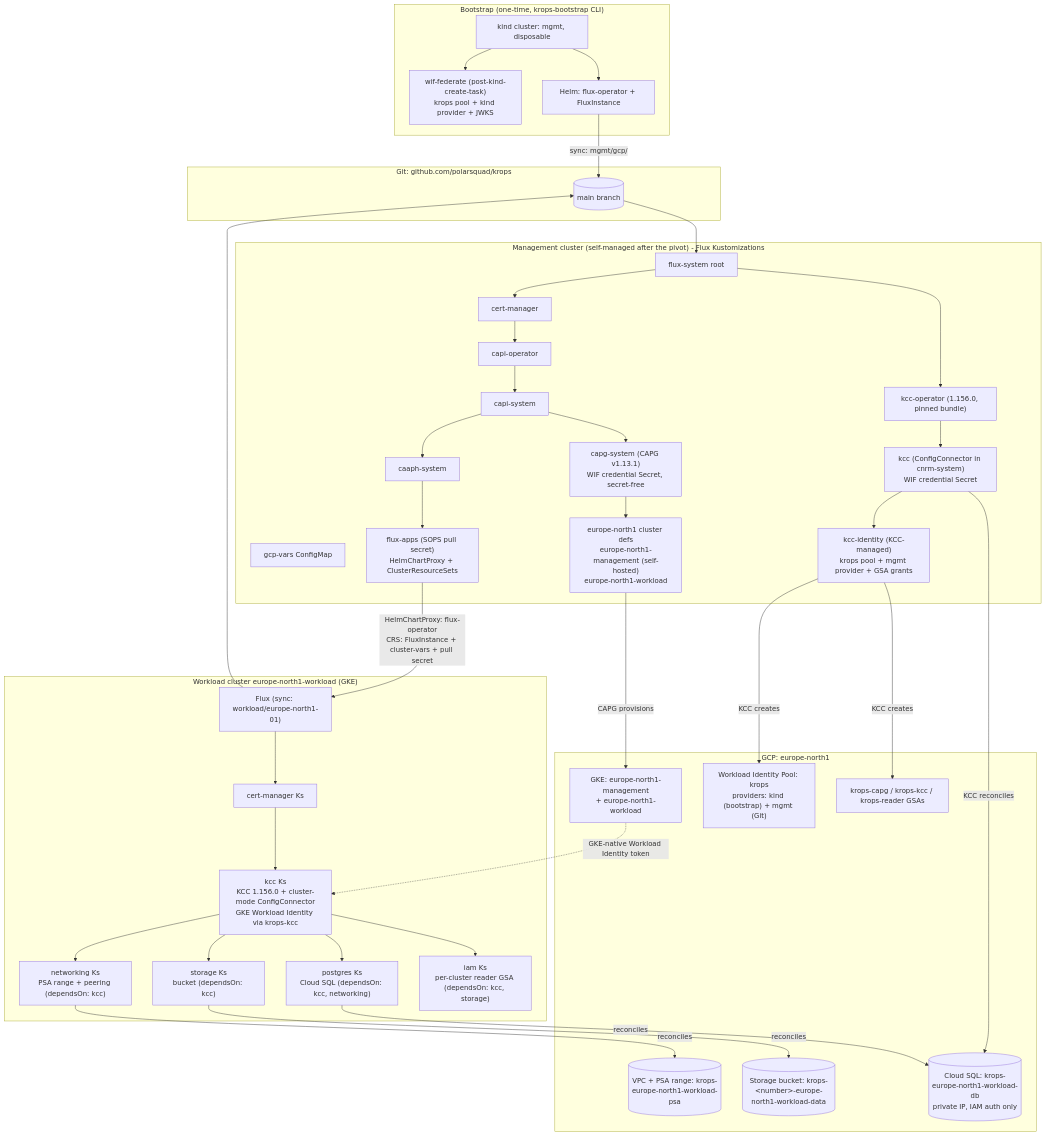
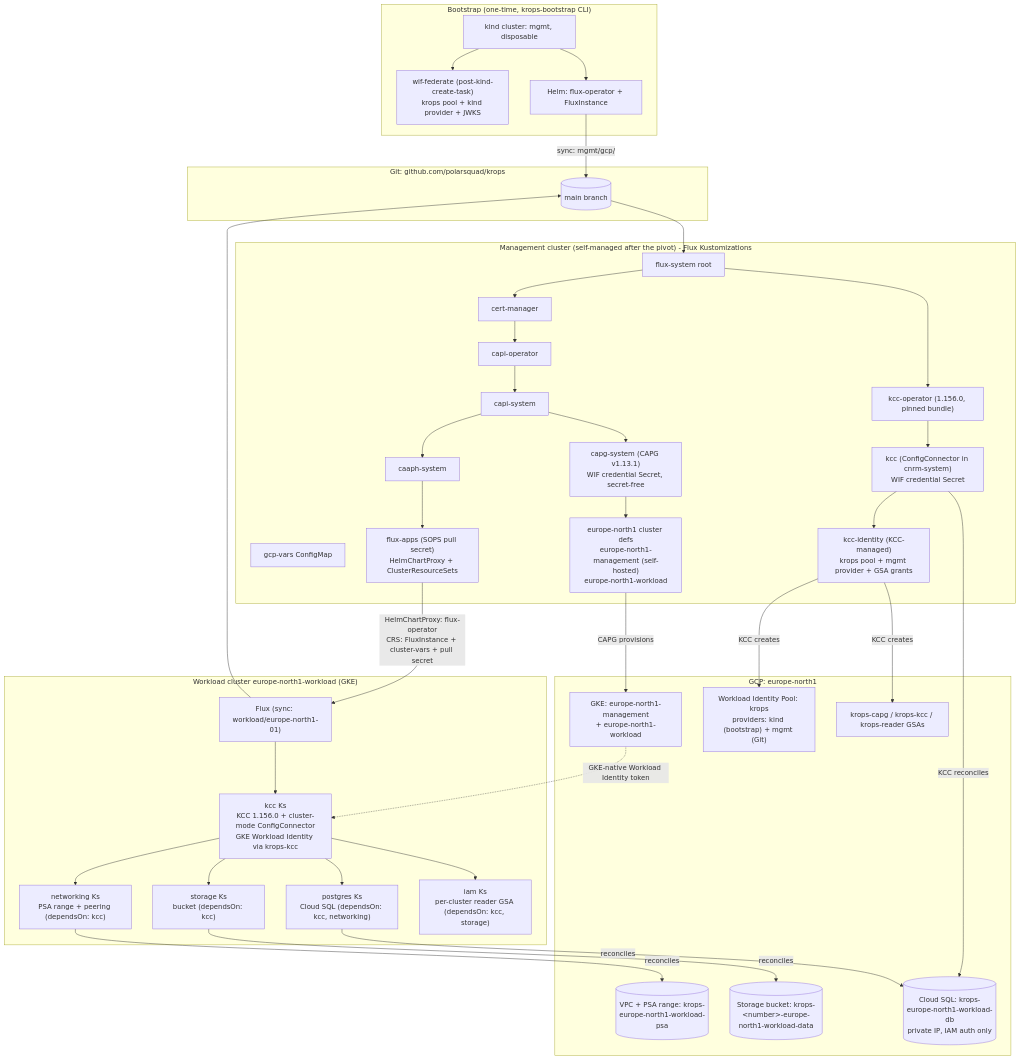
The third of 5 diagrams in docs/architecture.md (TrueHear-Infra/truehear-infra-dev), drawn with Mermaid before and after one commit. The commit also changed other lines of this file and 11 other files, not shown here.

First line of the commit message:
docs + fix(gcp): workload docs, drop workload cert-manager, toolbox gcloud layer (refs #72)

````diff
--- a/docs/architecture.md
+++ b/docs/architecture.md
@@ -344,74 +344,73 @@
 ```mermaid
 flowchart TD
     subgraph bootstrap["Bootstrap (one-time, krops-bootstrap CLI)"]
         KIND[kind cluster: mgmt, disposable]
         WIF["wif-federate (post-kind-create-task)<br/>krops pool + kind provider + JWKS"]
         HELM[Helm: flux-operator + FluxInstance]
         KIND --> WIF
         KIND --> HELM
     end
 
     subgraph git["Git: github.com/polarsquad/krops"]
         REPO[(main branch)]
     end
 
     HELM -->|"sync: mgmt/gcp/"| REPO
 
     subgraph mgmt["Management cluster (self-managed after the pivot) - Flux Kustomizations"]
         FS[flux-system root]
         GCPV[gcp-vars ConfigMap]
         CM[cert-manager]
         CO[capi-operator]
         CAPIS[capi-system]
         CAPGS["capg-system (CAPG v1.13.1)<br/>WIF credential Secret, secret-free"]
         CAAPH[caaph-system]
         KCCO["kcc-operator (1.156.0, pinned bundle)"]
         KCC["kcc (ConfigConnector in cnrm-system)<br/>WIF credential Secret"]
         KCCI["kcc-identity (KCC-managed)<br/>krops pool + mgmt provider + GSA grants"]
         EUNC["europe-north1 cluster defs<br/>europe-north1-management (self-hosted)<br/>europe-north1-workload"]
         FA["flux-apps (SOPS pull secret)<br/>HelmChartProxy + ClusterResourceSets"]
 
         FS --> CM --> CO --> CAPIS --> CAPGS
         CAPIS --> CAAPH --> FA
         FS --> KCCO --> KCC --> KCCI
         CAPGS --> EUNC
     end
 
     REPO --> FS
 
     subgraph gcp["GCP: europe-north1"]
         GKE[GKE: europe-north1-management<br/>+ europe-north1-workload]
         POOL["Workload Identity Pool: krops<br/>providers: kind (bootstrap) + mgmt (Git)"]
         GSAS["krops-capg / krops-kcc / krops-reader GSAs"]
         VPC[(VPC + PSA range: krops-europe-north1-workload-psa)]
         BUCKET[(Storage bucket: krops-&lt;number&gt;-europe-north1-workload-data)]
         SQL[(Cloud SQL: krops-europe-north1-workload-db<br/>private IP, IAM auth only)]
     end
 
     EUNC -->|CAPG provisions| GKE
     KCCI -->|KCC creates| POOL
     KCCI -->|KCC creates| GSAS
     KCC -->|KCC reconciles| SQL
     FA -->|"HelmChartProxy: flux-operator<br/>CRS: FluxInstance + cluster-vars + pull secret"| WF
 
     subgraph wl["Workload cluster europe-north1-workload (GKE)"]
         WF["Flux (sync: workload/europe-north1-01)"]
-        WCM["cert-manager Ks"]
         WKCC["kcc Ks<br/>KCC 1.156.0 + cluster-mode ConfigConnector<br/>GKE Workload Identity via krops-kcc"]
         WNET["networking Ks<br/>PSA range + peering (dependsOn: kcc)"]
         WSTOR["storage Ks<br/>bucket (dependsOn: kcc)"]
         WPSQL["postgres Ks<br/>Cloud SQL (dependsOn: kcc, networking)"]
         WIAM["iam Ks<br/>per-cluster reader GSA (dependsOn: kcc, storage)"]
 
-        WF --> WCM --> WKCC --> WNET
+        WF --> WKCC --> WNET
         WKCC --> WSTOR
         WKCC --> WPSQL
         WKCC --> WIAM
     end
 
     WF --> REPO
     GKE -.->|GKE-native Workload Identity token| WKCC
     WNET -->|reconciles| VPC
     WSTOR -->|reconciles| BUCKET
     WPSQL -->|reconciles| SQL
 ```
````
